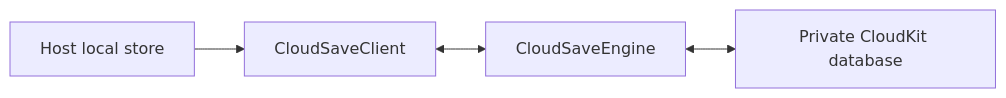
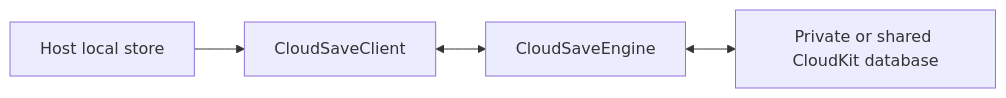
One commit to thatfactory/cloudsavekit changed the diagram in README.md. Above: the diagram before and after it, drawn with Mermaid. The commit also changed other lines of this file and 9 other files, not shown here.

First line of the commit message:
Support shared CloudKit zones (#4)

````diff
--- a/README.md
+++ b/README.md
@@ -16,6 +16,6 @@
 ```mermaid
 flowchart LR
     LocalStore["Host local store"] --> Client["CloudSaveClient"]
     Client <--> Engine["CloudSaveEngine"]
-    Engine <--> CloudKit["Private CloudKit database"]
+    Engine <--> CloudKit["Private or shared CloudKit database"]
 ```
````
